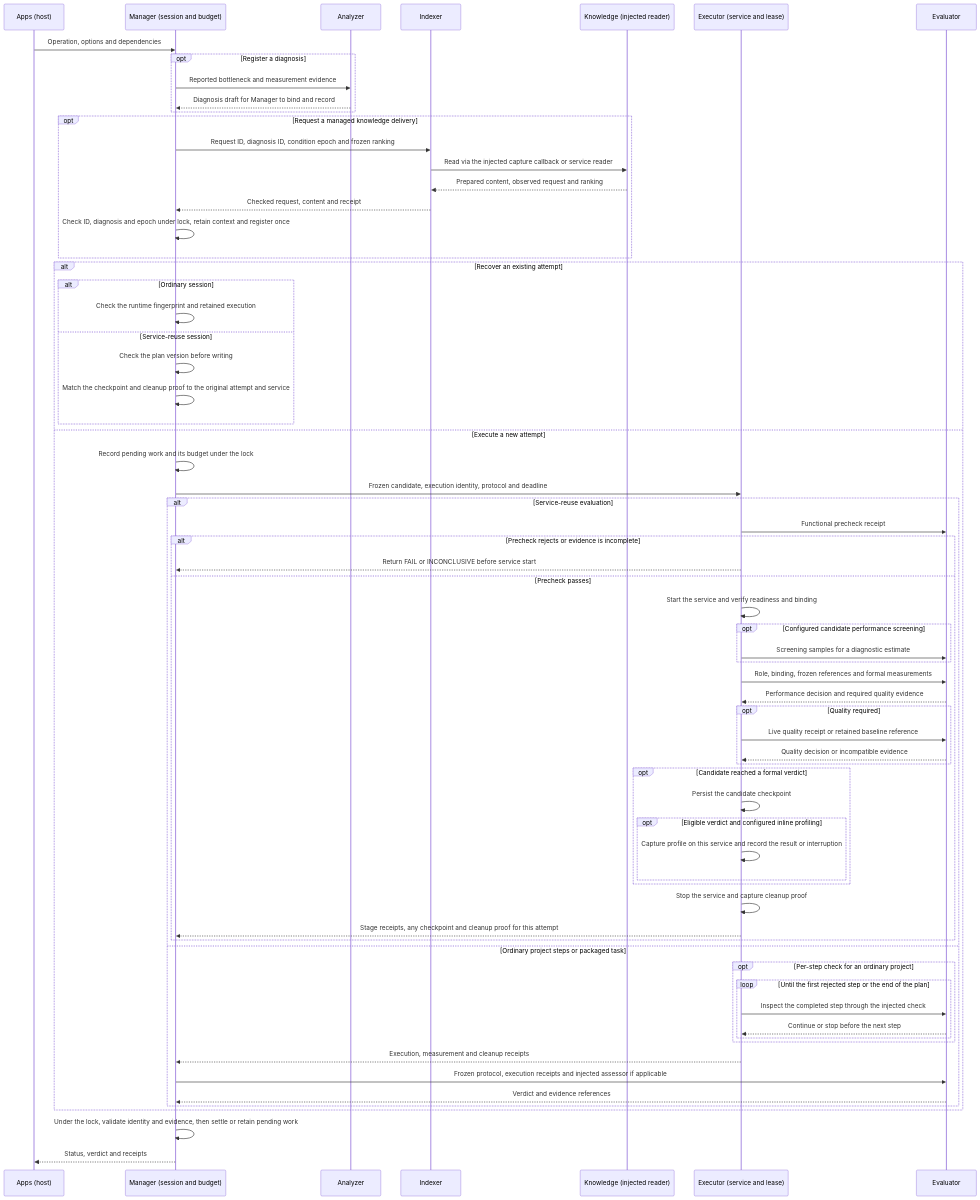
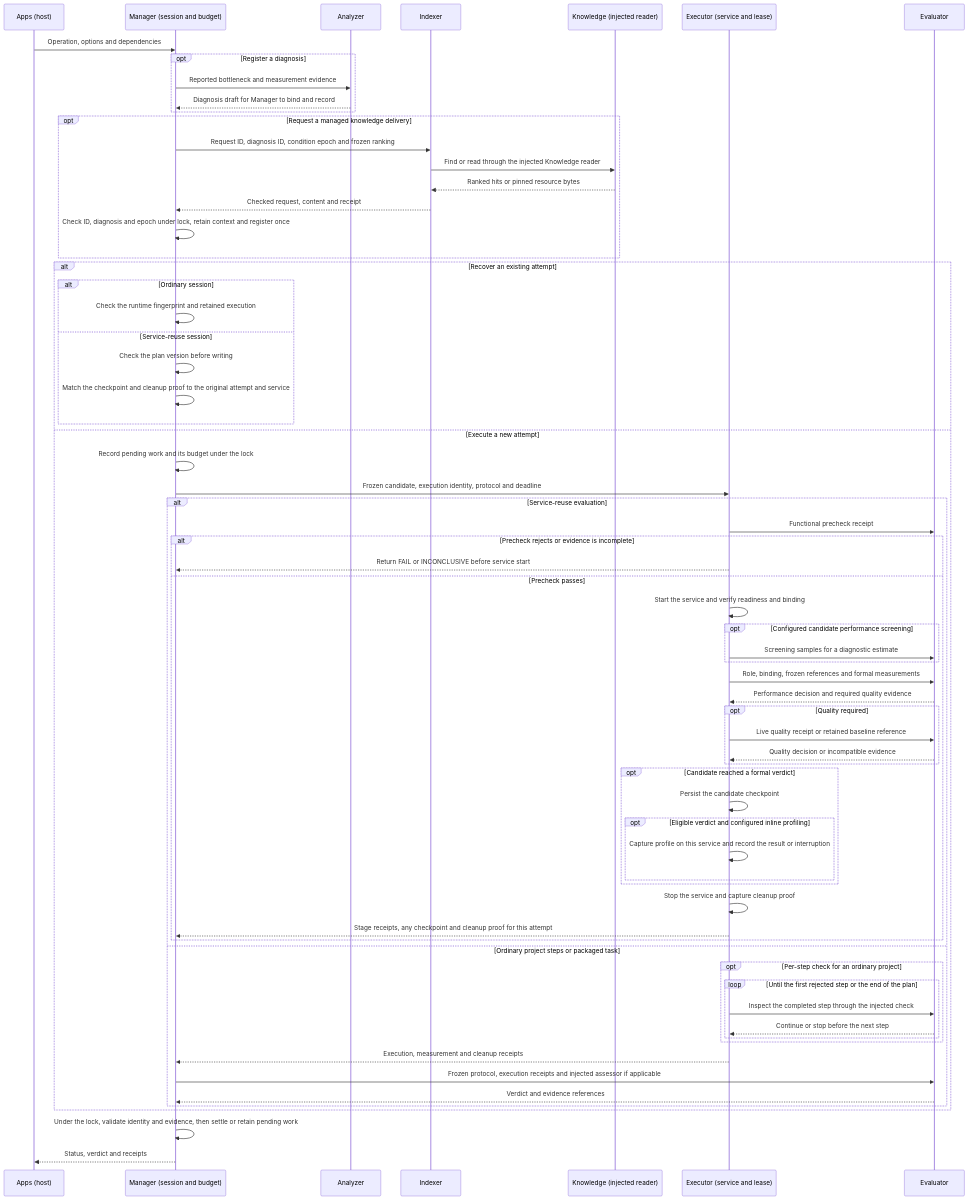
Before and after one commit to InferMatrixLab/InferRSI: the diagram in src/inferrsi/harness/README.md, drawn with Mermaid. The commit also changed other lines of this file and 135 other files, not shown here.

First line of the commit message:
Unify knowledge discovery and delivery through find and read (#709)

````diff
--- a/src/inferrsi/harness/README.md
+++ b/src/inferrsi/harness/README.md
@@ -102,70 +103,70 @@
 ```mermaid
 sequenceDiagram
     participant C as Apps (host)
     participant M as Manager (session and budget)
     participant A as Analyzer
     participant I as Indexer
     participant K as Knowledge (injected reader)
     participant X as Executor (service and lease)
     participant V as Evaluator
     C->>M: Operation, options and dependencies
     opt Register a diagnosis
         M->>A: Reported bottleneck and measurement evidence
         A-->>M: Diagnosis draft for Manager to bind and record
     end
     opt Request a managed knowledge delivery
         M->>I: Request ID, diagnosis ID, condition epoch and frozen ranking
-        I->>K: Read via the injected capture callback or service reader
-        K-->>I: Prepared content, observed request and ranking
+        I->>K: Find or read through the injected Knowledge reader
+        K-->>I: Ranked hits or pinned resource bytes
         I-->>M: Checked request, content and receipt
         M->>M: Check ID, diagnosis and epoch under lock, retain context and register once
     end
     alt Recover an existing attempt
         alt Ordinary session
             M->>M: Check the runtime fingerprint and retained execution
         else Service-reuse session
             M->>M: Check the plan version before writing
             M->>M: Match the checkpoint and cleanup proof to the original attempt and service
         end
     else Execute a new attempt
         M->>M: Record pending work and its budget under the lock
         M->>X: Frozen candidate, execution identity, protocol and deadline
         alt Service-reuse evaluation
             X->>V: Functional precheck receipt
             alt Precheck rejects or evidence is incomplete
                 X-->>M: Return FAIL or INCONCLUSIVE before service start
             else Precheck passes
                 X->>X: Start the service and verify readiness and binding
                 opt Configured candidate performance screening
                     X->>V: Screening samples for a diagnostic estimate
                 end
                 X->>V: Role, binding, frozen references and formal measurements
                 V-->>X: Performance decision and required quality evidence
                 opt Quality required
                     X->>V: Live quality receipt or retained baseline reference
                     V-->>X: Quality decision or incompatible evidence
                 end
                 opt Candidate reached a formal verdict
                     X->>X: Persist the candidate checkpoint
                     opt Eligible verdict and configured inline profiling
                         X->>X: Capture profile on this service and record the result or interruption
                     end
                 end
                 X->>X: Stop the service and capture cleanup proof
                 X-->>M: Stage receipts, any checkpoint and cleanup proof for this attempt
             end
         else Ordinary project steps or packaged task
             opt Per-step check for an ordinary project
                 loop Until the first rejected step or the end of the plan
                     X->>V: Inspect the completed step through the injected check
                     V-->>X: Continue or stop before the next step
                 end
             end
             X-->>M: Execution, measurement and cleanup receipts
             M->>V: Frozen protocol, execution receipts and injected assessor if applicable
             V-->>M: Verdict and evidence references
         end
     end
     M->>M: Under the lock, validate identity and evidence, then settle or retain pending work
     M-->>C: Status, verdict and receipts
 ```
````
